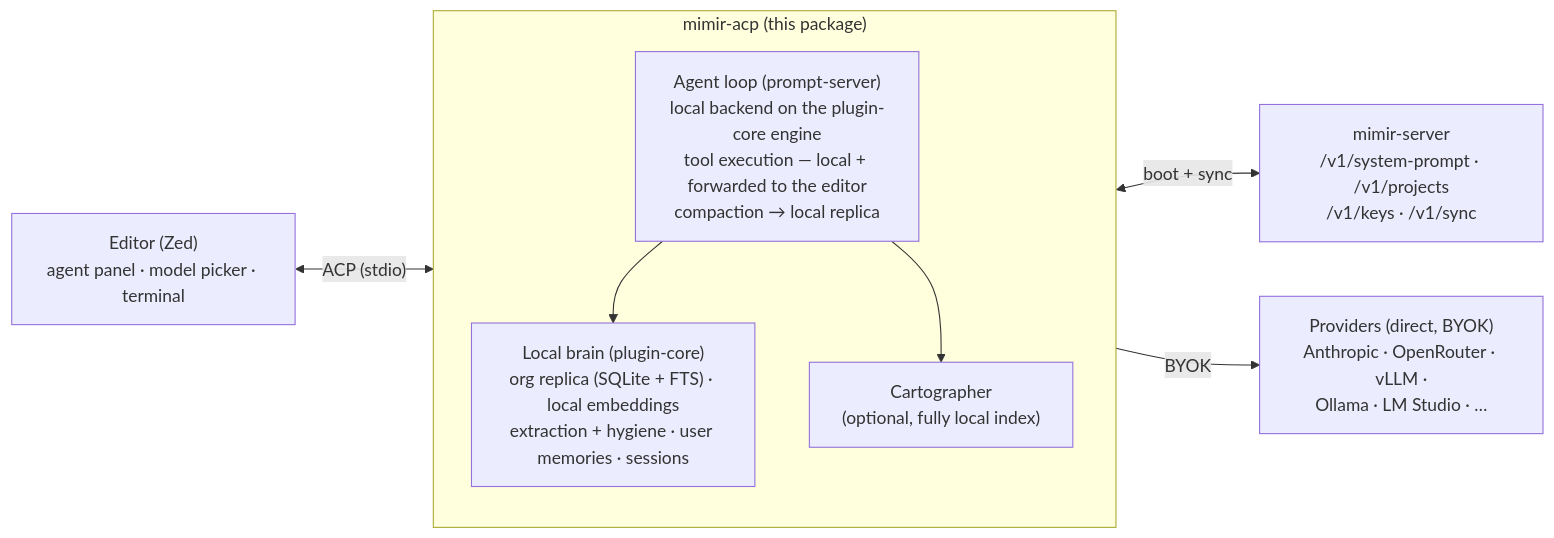
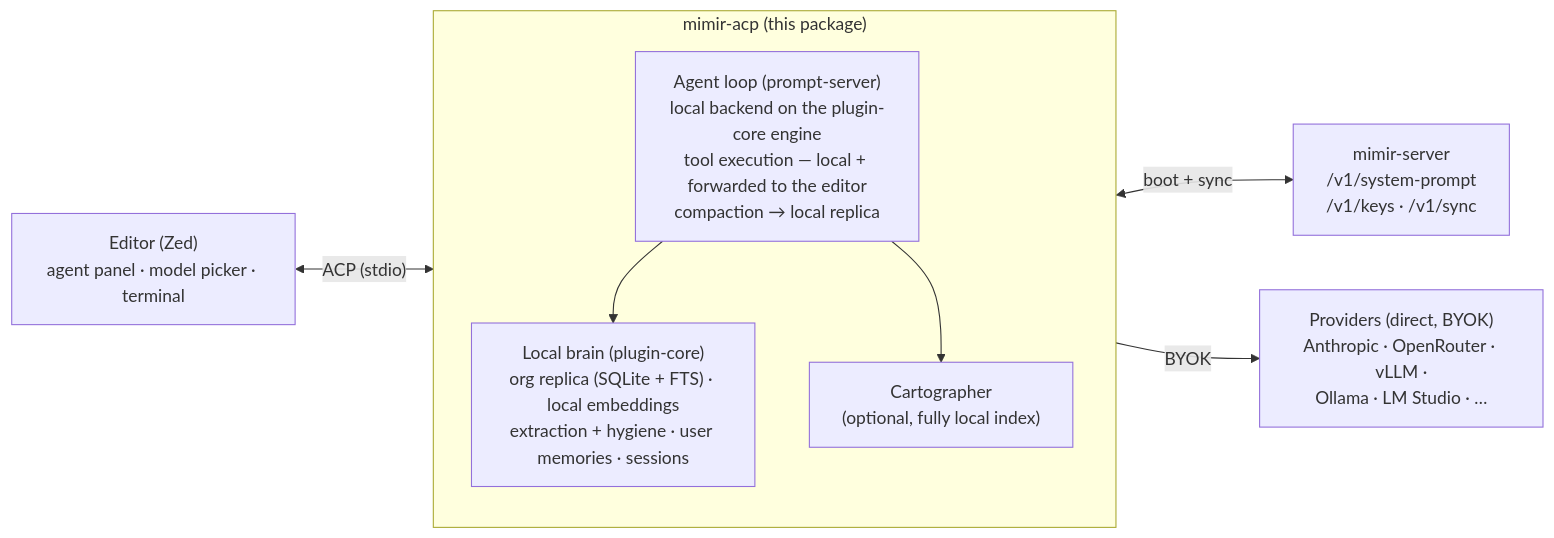
The diagram in packages/acp/README.md (RageLtd/mimir), drawn with Mermaid before and after one commit. The commit also changed other lines of this file and 75 other files, not shown here.

````diff
--- a/packages/acp/README.md
+++ b/packages/acp/README.md
@@ -7,20 +7,20 @@
 ```mermaid
 flowchart LR
   zed["Editor (Zed)<br/>agent panel · model picker · terminal"]
 
   subgraph acp["mimir-acp (this package)"]
     direction TB
     loop["Agent loop (prompt-server)<br/>local backend on the plugin-core engine<br/>tool execution — local + forwarded to the editor<br/>compaction → local replica"]
     brain["Local brain (plugin-core)<br/>org replica (SQLite + FTS) · local embeddings<br/>extraction + hygiene · user memories · sessions"]
     cart["Cartographer<br/>(optional, fully local index)"]
     loop --> brain
     loop --> cart
   end
 
-  server["mimir-server<br/>/v1/system-prompt · /v1/projects<br/>/v1/keys · /v1/sync"]
+  server["mimir-server<br/>/v1/system-prompt<br/>/v1/keys · /v1/sync"]
   providers["Providers (direct, BYOK)<br/>Anthropic · OpenRouter · vLLM ·<br/>Ollama · LM Studio · …"]
 
   zed <-->|"ACP (stdio)"| loop
   loop <-->|"boot + sync"| server
   loop -->|BYOK| providers
 ```
````
